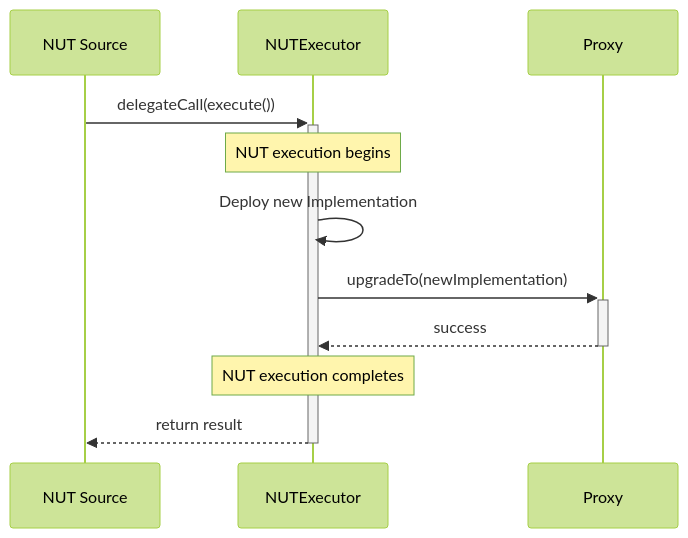
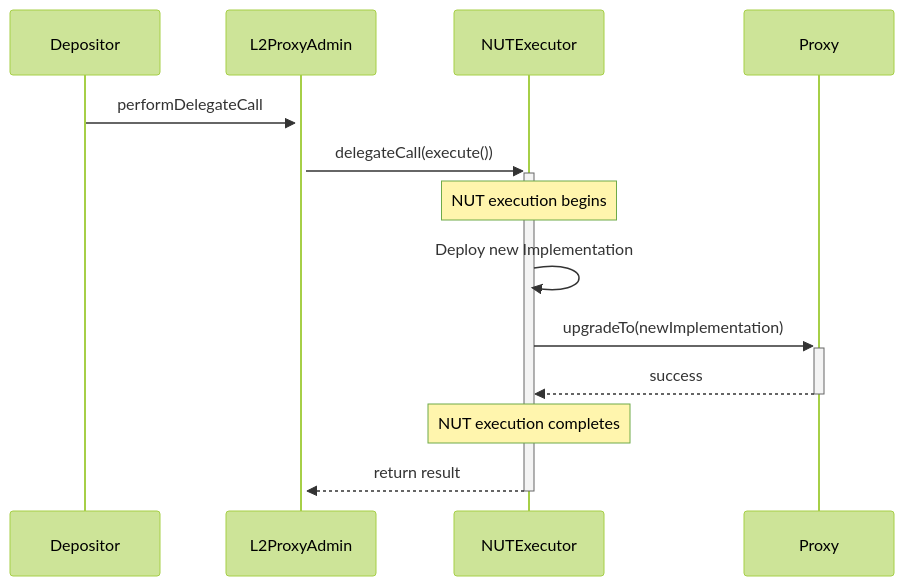
One commit to defi-wonderland/design-docs changed the diagram in protocol/l2-forked-tests.md. Above: the diagram before and after it, drawn with Mermaid (forest theme). The commit also changed other lines of this file, not shown here.

````diff
--- a/protocol/l2-forked-tests.md
+++ b/protocol/l2-forked-tests.md
@@ -106,10 +119,11 @@
 ```mermaid
 sequenceDiagram
-    NUT Source->>+NUTExecutor: delegateCall(execute())
+    Depositor ->>+L2ProxyAdmin: performDelegateCall
+    L2ProxyAdmin ->>+NUTExecutor: delegateCall(execute())
     Note over NUTExecutor: NUT execution begins
     NUTExecutor->>NUTExecutor: Deploy new Implementation
     NUTExecutor->>+Proxy: upgradeTo(newImplementation)
     Proxy-->>-NUTExecutor: success
     Note over NUTExecutor: NUT execution completes
-    NUTExecutor-->>-NUT Source: return result
+    NUTExecutor-->>-L2ProxyAdmin: return result
 ```
````
